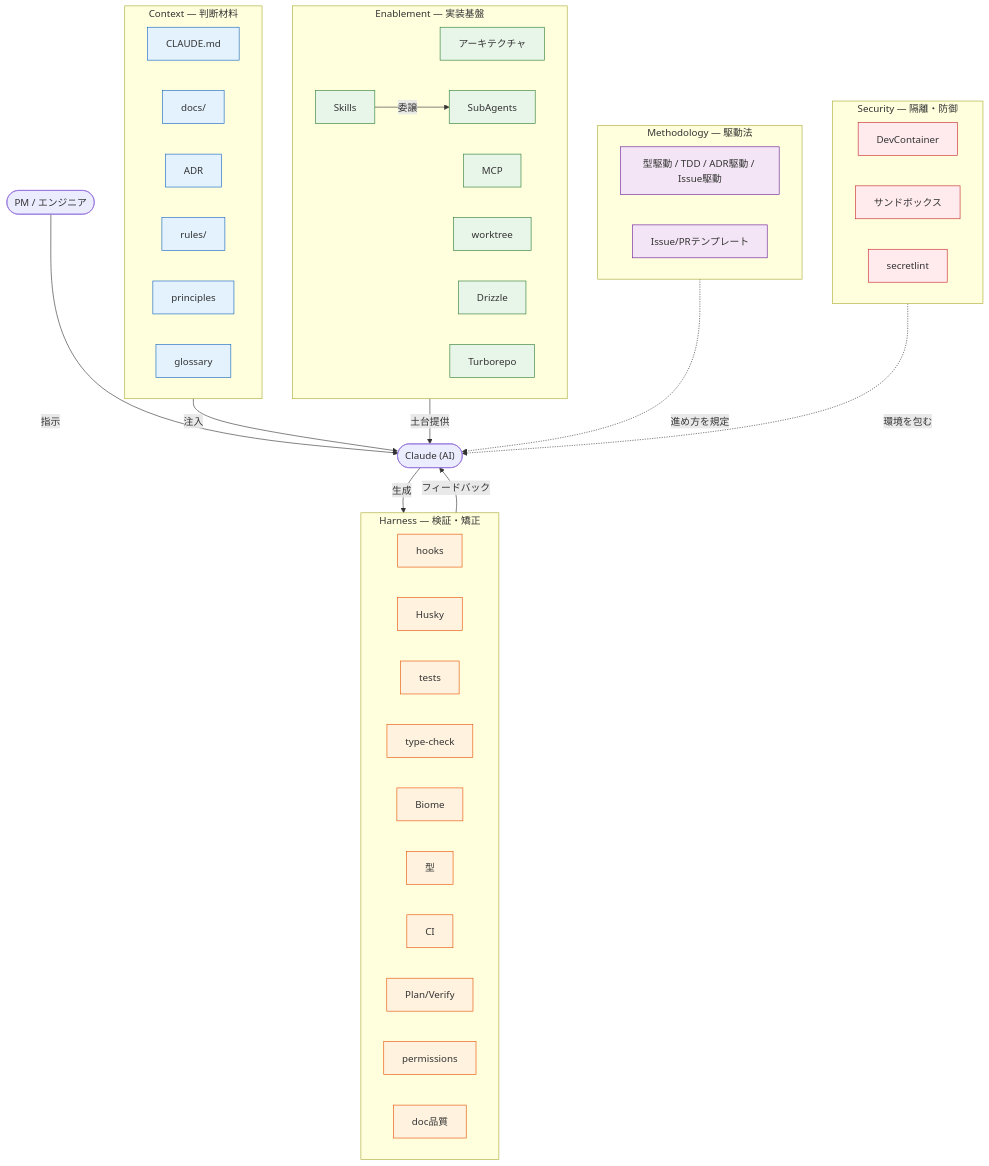
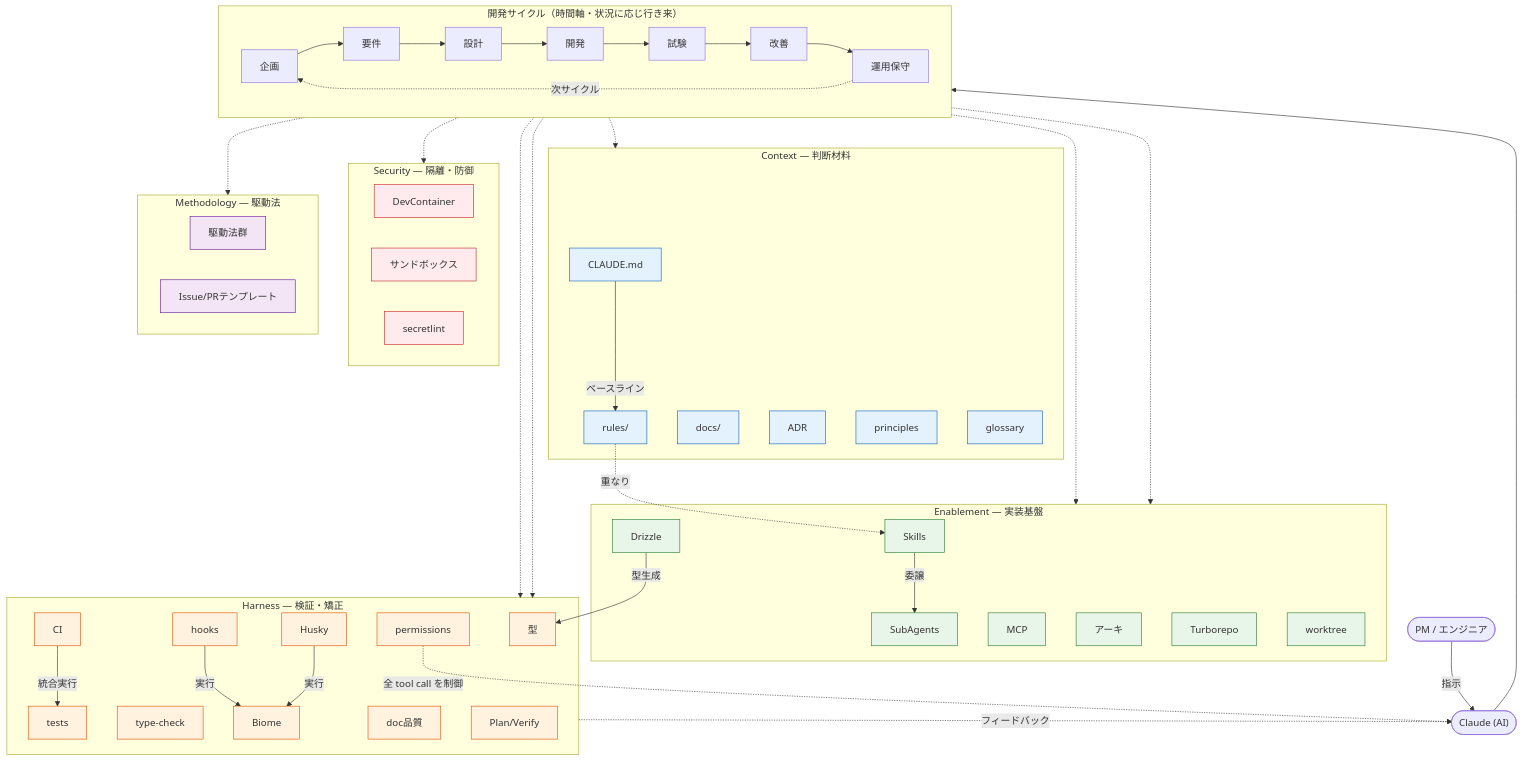
The diagram in docs/guides/ai-driven-development.md (kuairen-227/agent-team-studio), drawn with Mermaid before and after one commit. The commit also changed other lines of this file, not shown here.

Commit message:
docs(project): 全体像を構造×関係×時間軸の統合図に一本化
2枚（構造図＋時間軸図）を1枚の Mermaid に統合:
- 5分類の色分けサブグラフ（構造）
- 施策間の関係を実線エッジで明示（ベースライン/重なり/委譲/型生成/実行/統合実行）
- 上部に開発サイクルの時間軸を配置し、工程→主に駆動する分類を点線で接続

あわせてアーキテクトレビュー指摘を解消:
- ADR-0006 を「逐次でなく状況に応じ行き来する」柔軟フェーズとして注釈修正
- 工程→分類接続に変更したため po/testing 等の表記不整合を解消

https://claude.ai/code/session_01WKme64QYWRyV5JaZ5wtude

````diff
--- a/docs/guides/ai-driven-development.md
+++ b/docs/guides/ai-driven-development.md
@@ -23,42 +25,56 @@
 ```mermaid
 flowchart TB
     User(["PM / エンジニア"]) -->|"指示"| AI(["Claude (AI)"])
+    AI --> P1
+
+    subgraph time["開発サイクル（時間軸・状況に応じ行き来）"]
+        direction LR
+        P1["企画"] --> P2["要件"] --> P3["設計"] --> P4["開発"] --> P5["試験"] --> P6["改善"] --> P7["運用保守"]
+        P7 -.->|"次サイクル"| P1
+    end
 
     subgraph context["Context — 判断材料"]
-        CL["CLAUDE.md"]; DOC["docs/"]; ADR["ADR"]
-        RUL["rules/"]; PRI["principles"]; GLO["glossary"]
+        CL["CLAUDE.md"]; RUL["rules/"]; DOC["docs/"]; ADR["ADR"]; PRI["principles"]; GLO["glossary"]
     end
     subgraph enable["Enablement — 実装基盤"]
-        ARC["アーキテクチャ"]; SKL["Skills"]; AGT["SubAgents"]
-        MCP["MCP"]; WT["worktree"]; DRZ["Drizzle"]; TRB["Turborepo"]
+        SKL["Skills"]; AGT["SubAgents"]; MCP["MCP"]; ARC["アーキ"]; DRZ["Drizzle"]; TRB["Turborepo"]; WT["worktree"]
     end
     subgraph harness["Harness — 検証・矯正"]
-        HK["hooks"]; HUS["Husky"]; TST["tests"]; TC["type-check"]; LNT["Biome"]; TYP["型"]
-        CI["CI"]; PV["Plan/Verify"]; PRM["permissions"]; MDL["doc品質"]
+        TYP["型"]; TST["tests"]; TC["type-check"]; LNT["Biome"]; HK["hooks"]; HUS["Husky"]; CI["CI"]; MDL["doc品質"]; PV["Plan/Verify"]; PRM["permissions"]
     end
     subgraph sec["Security — 隔離・防御"]
         DC["DevContainer"]; SB["サンドボックス"]; SL["secretlint"]
     end
     subgraph method["Methodology — 駆動法"]
-        XDD["型駆動 / TDD / ADR駆動 / Issue駆動"]; TPL["Issue/PRテンプレート"]
+        XDD["駆動法群"]; TPL["Issue/PRテンプレート"]
     end
 
+    P1 -.-> method
+    P2 -.-> context
+    P3 -.-> enable
+    P4 -.-> enable
+    P5 -.-> harness
+    P6 -.-> harness
+    P7 -.-> sec
+
+    CL -->|"ベースライン"| RUL
+    RUL -.->|"重なり"| SKL
     SKL -->|"委譲"| AGT
-    context -->|"注入"| AI
-    enable -->|"土台提供"| AI
-    AI -->|"生成"| harness
-    harness -->|"フィードバック"| AI
-    method -.->|"進め方を規定"| AI
-    sec -.->|"環境を包む"| AI
+    DRZ -->|"型生成"| TYP
+    HK -->|"実行"| LNT
+    HUS -->|"実行"| LNT
+    CI -->|"統合実行"| TST
+    harness -.->|"フィードバック"| AI
+    PRM -.->|"全 tool call を制御"| AI
 
     classDef c fill:#e3f2fd,stroke:#1565c0
     classDef h fill:#fff3e0,stroke:#e65100
     classDef s fill:#ffebee,stroke:#c62828
     classDef e fill:#e8f5e9,stroke:#2e7d32
     classDef m fill:#f3e5f5,stroke:#6a1b9a
     class CL,DOC,ADR,RUL,PRI,GLO c
-    class HK,HUS,TST,TC,LNT,CI,PV,PRM,MDL,TYP h
+    class TYP,TST,TC,LNT,HK,HUS,CI,MDL,PV,PRM h
     class DC,SB,SL s
-    class ARC,SKL,AGT,MCP,WT,DRZ,TRB e
+    class SKL,AGT,MCP,ARC,DRZ,TRB,WT e
     class XDD,TPL m
 ```
````
